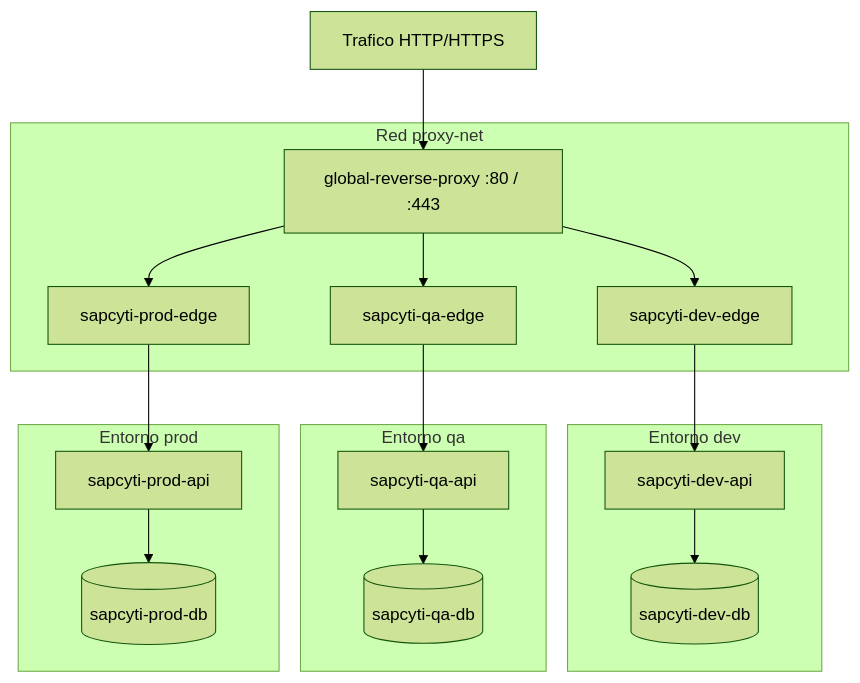
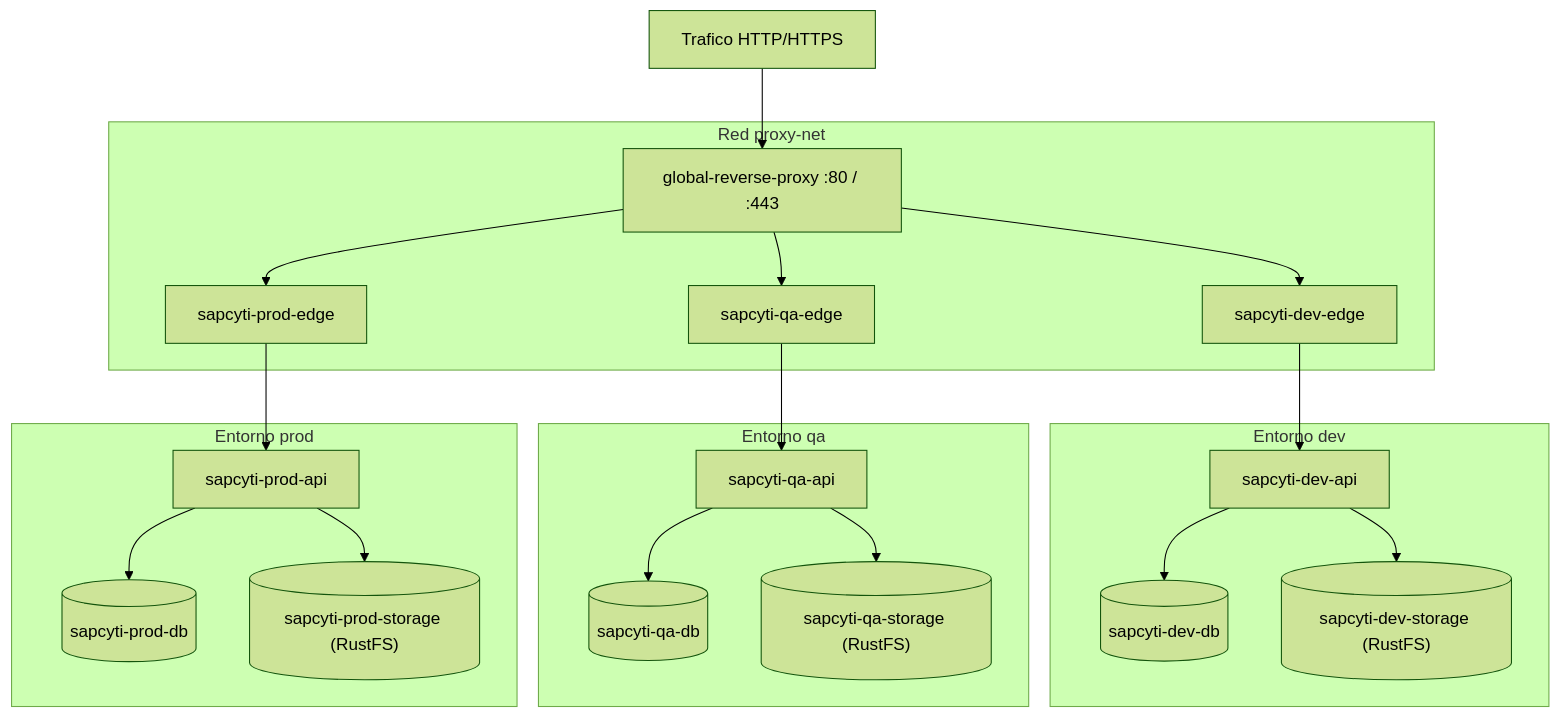
One commit to SAPCyTI-UAM-I/sapcyti-infra changed the diagram in docs/architecture.md. Above: the diagram before and after it, drawn with Mermaid (forest theme). The commit also changed other lines of this file and 11 other files, not shown here.

Commit message:
feat(storage): configuración de bucket S3/RustFS para servidor y local

````diff
--- a/docs/architecture.md
+++ b/docs/architecture.md
@@ -9,25 +9,28 @@
 ```mermaid
 flowchart TD
     Client["Trafico HTTP/HTTPS"] --> Proxy["global-reverse-proxy :80 / :443"]
 
     subgraph NetProxy ["Red proxy-net"]
         Proxy --> DevEdge["sapcyti-dev-edge"]
         Proxy --> QAEdge["sapcyti-qa-edge"]
         Proxy --> ProdEdge["sapcyti-prod-edge"]
     end
 
     subgraph NetDev ["Entorno dev"]
         DevEdge --> DevAPI["sapcyti-dev-api"]
         DevAPI --> DevDB[("sapcyti-dev-db")]
+        DevAPI --> DevStorage[("sapcyti-dev-storage (RustFS)")]
     end
 
     subgraph NetQA ["Entorno qa"]
         QAEdge --> QAAPI["sapcyti-qa-api"]
         QAAPI --> QADB[("sapcyti-qa-db")]
+        QAAPI --> QAStorage[("sapcyti-qa-storage (RustFS)")]
     end
 
     subgraph NetProd ["Entorno prod"]
         ProdEdge --> ProdAPI["sapcyti-prod-api"]
         ProdAPI --> ProdDB[("sapcyti-prod-db")]
+        ProdAPI --> ProdStorage[("sapcyti-prod-storage (RustFS)")]
     end
 ```
````
